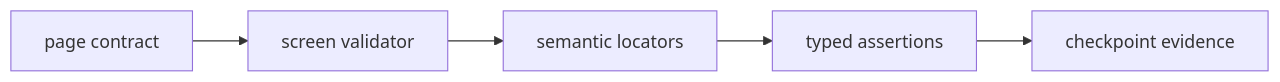
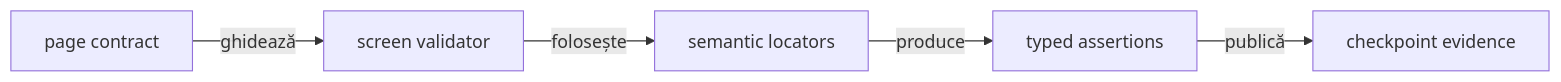
Before and after one commit to crististefanita/demo2: the fifth of 8 diagrams in atf-test-practice-shop/README.md, drawn with Mermaid. The commit also changed other lines of this file and 102 other files, not shown here.

````diff
--- a/atf-test-practice-shop/README.md
+++ b/atf-test-practice-shop/README.md
@@ -252,7 +252,7 @@
 ```mermaid
 flowchart LR
-    Contract["page contract"] --> Validator["screen validator"]
-    Validator --> Locators["semantic locators"]
-    Locators --> Assertions["typed assertions"]
-    Assertions --> Checkpoint["checkpoint evidence"]
+    Contract["page contract"] -->|ghidează| Validator["screen validator"]
+    Validator -->|folosește| Locators["semantic locators"]
+    Locators -->|produce| Assertions["typed assertions"]
+    Assertions -->|publică| Checkpoint["checkpoint evidence"]
 ```
````
